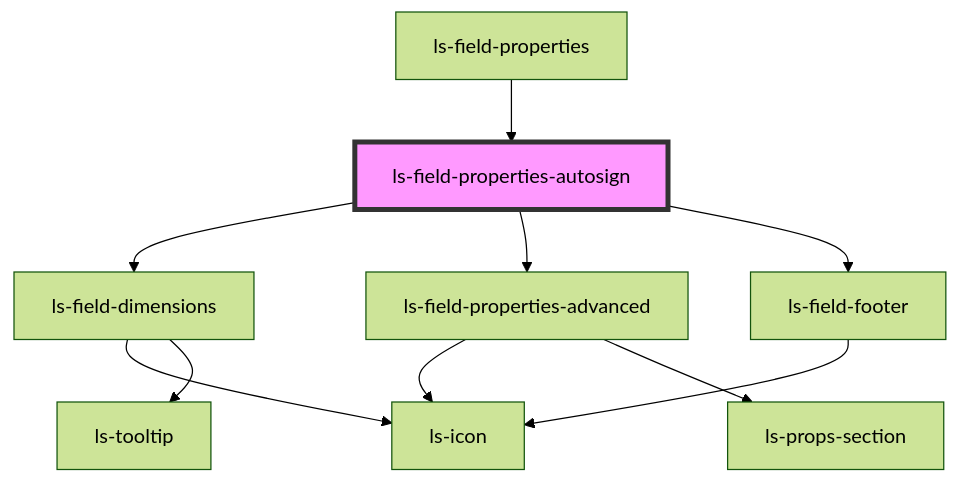
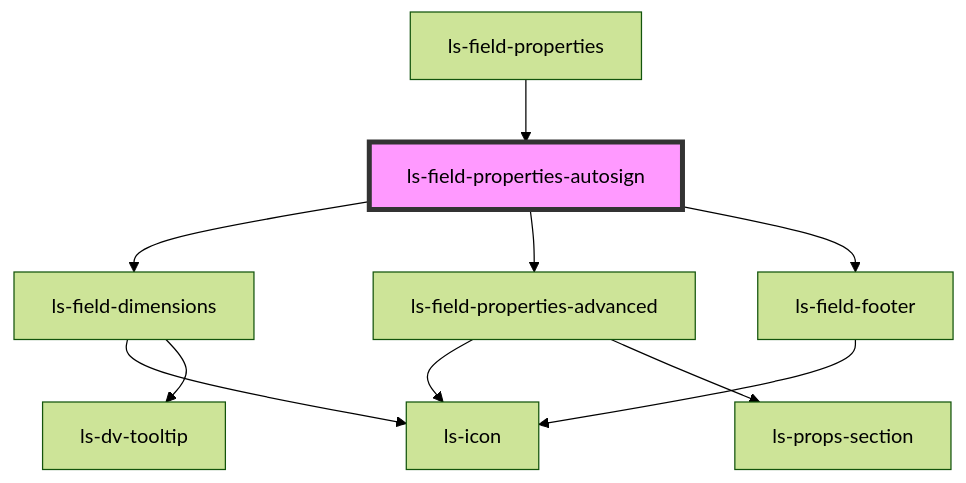
Before and after one commit to legalesign/ls-document-viewer: the diagram in src/components/ls-field-properties-autosign/readme.md, drawn with Mermaid (forest theme). The commit also changed 72 other files, not shown here.

````diff
--- a/src/components/ls-field-properties-autosign/readme.md
+++ b/src/components/ls-field-properties-autosign/readme.md
@@ -28,13 +28,13 @@
 ```mermaid
 graph TD;
   ls-field-properties-autosign --> ls-field-dimensions
   ls-field-properties-autosign --> ls-field-properties-advanced
   ls-field-properties-autosign --> ls-field-footer
   ls-field-dimensions --> ls-icon
-  ls-field-dimensions --> ls-tooltip
+  ls-field-dimensions --> ls-dv-tooltip
   ls-field-properties-advanced --> ls-icon
   ls-field-properties-advanced --> ls-props-section
   ls-field-footer --> ls-icon
   ls-field-properties --> ls-field-properties-autosign
   style ls-field-properties-autosign fill:#f9f,stroke:#333,stroke-width:4px
 ```
````
